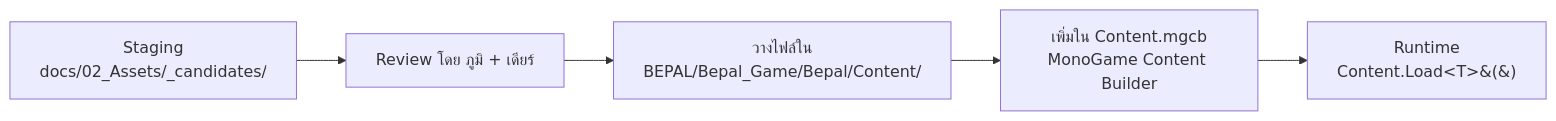
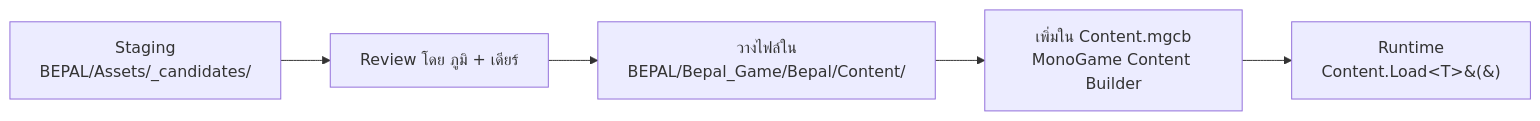
One commit to SShoww/CoProjectBepal changed the diagram in BEPAL/Docs/GDD/05-asset-list.md. Above: the diagram before and after it, drawn with Mermaid. The commit also changed other lines of this file and 19 other files, not shown here.

````diff
--- a/BEPAL/Docs/GDD/05-asset-list.md
+++ b/BEPAL/Docs/GDD/05-asset-list.md
@@ -288,7 +254,7 @@
 ```mermaid
 flowchart LR
-    A[Staging<br>docs/02_Assets/_candidates/] --> B[Review โดย ภูมิ + เดียร์]
+    A[Staging<br>BEPAL/Assets/_candidates/] --> B[Review โดย ภูมิ + เดียร์]
     B --> C[วางไฟล์ใน<br>BEPAL/Bepal_Game/Bepal/Content/]
     C --> D[เพิ่มใน Content.mgcb<br>MonoGame Content Builder]
     D --> E[Runtime<br>Content.Load&lt;T&gt;&#40;&#41;]
 ```
````
